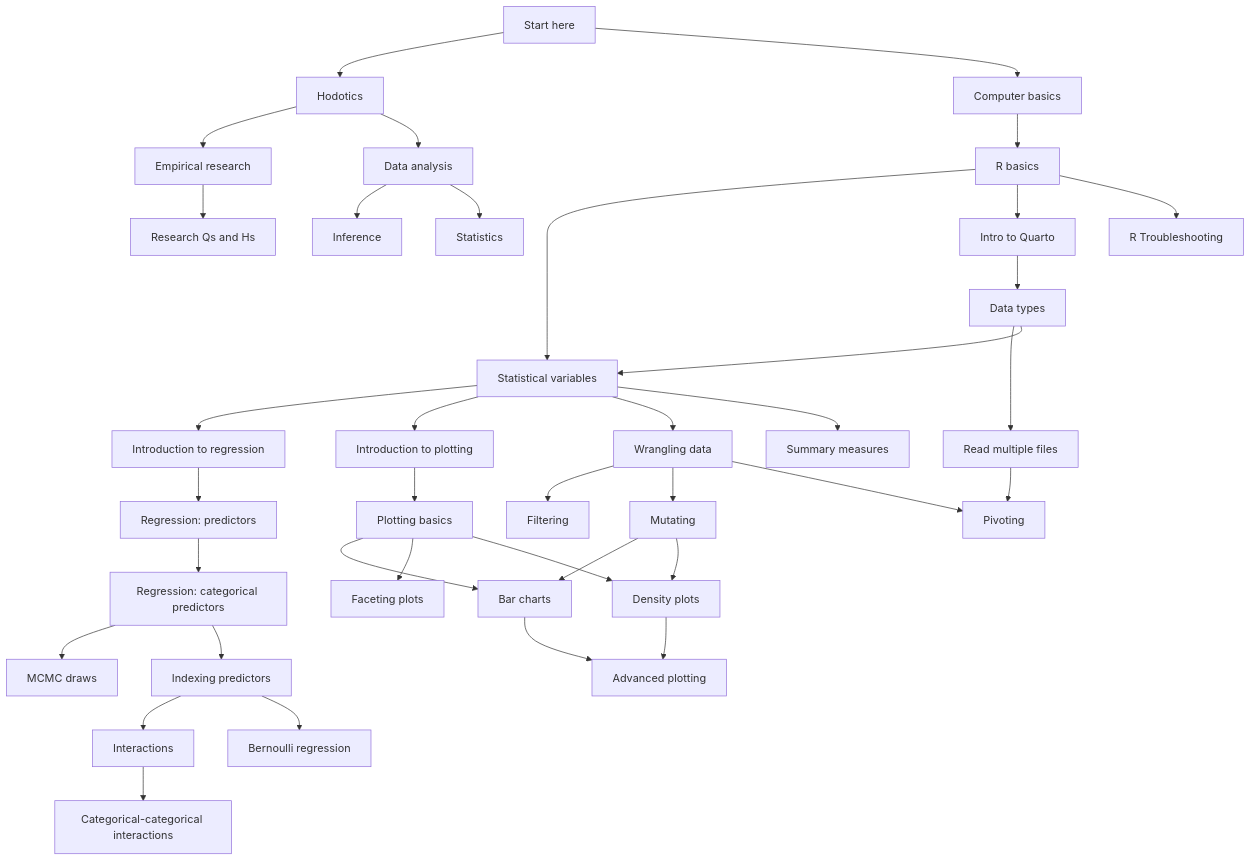
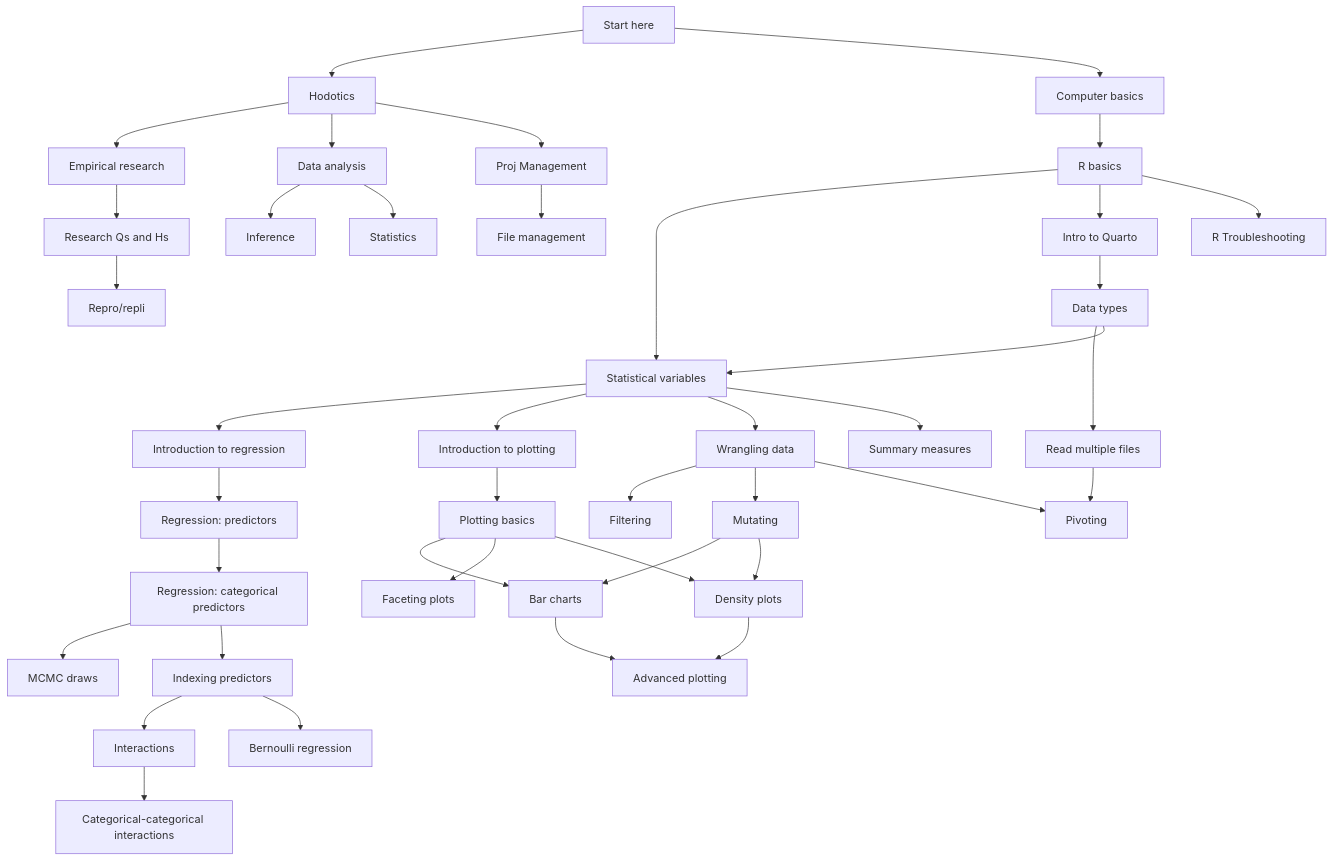
The diagram in map.qmd (uoelel/qml), drawn with Mermaid before and after one commit. The commit also changed other lines of this file and 20 other files, not shown here.

```diff
--- a/map.qmd
+++ b/map.qmd
@@ -61,6 +61,12 @@
   click AG href "posts/inference.html" "Go to page"
   AH[Statistics]
   click AH href "posts/statistics.html" "Go to page"
+  AI[Repro/repli]
+  click AI href "posts/repro-repli.html" "Go to page"
+  AJ[Proj Management]
+  click AJ href "posts/management.html" "Go to page"
+  AK[File management]
+  click AK href "posts/file-manage.html" "Go to page"
   
   R[Regression: predictors]
   click R href "posts/intro-regression-predictors.html" "Go to page"
@@ -79,9 +85,11 @@
   
   A --> B & C
   
-  B --> AD & AF
+  B --> AD & AF & AJ
   AD --> AE
+  AE --> AI
   AF --> AG & AH
+  AJ --> AK
   
   C --> D
   
```
